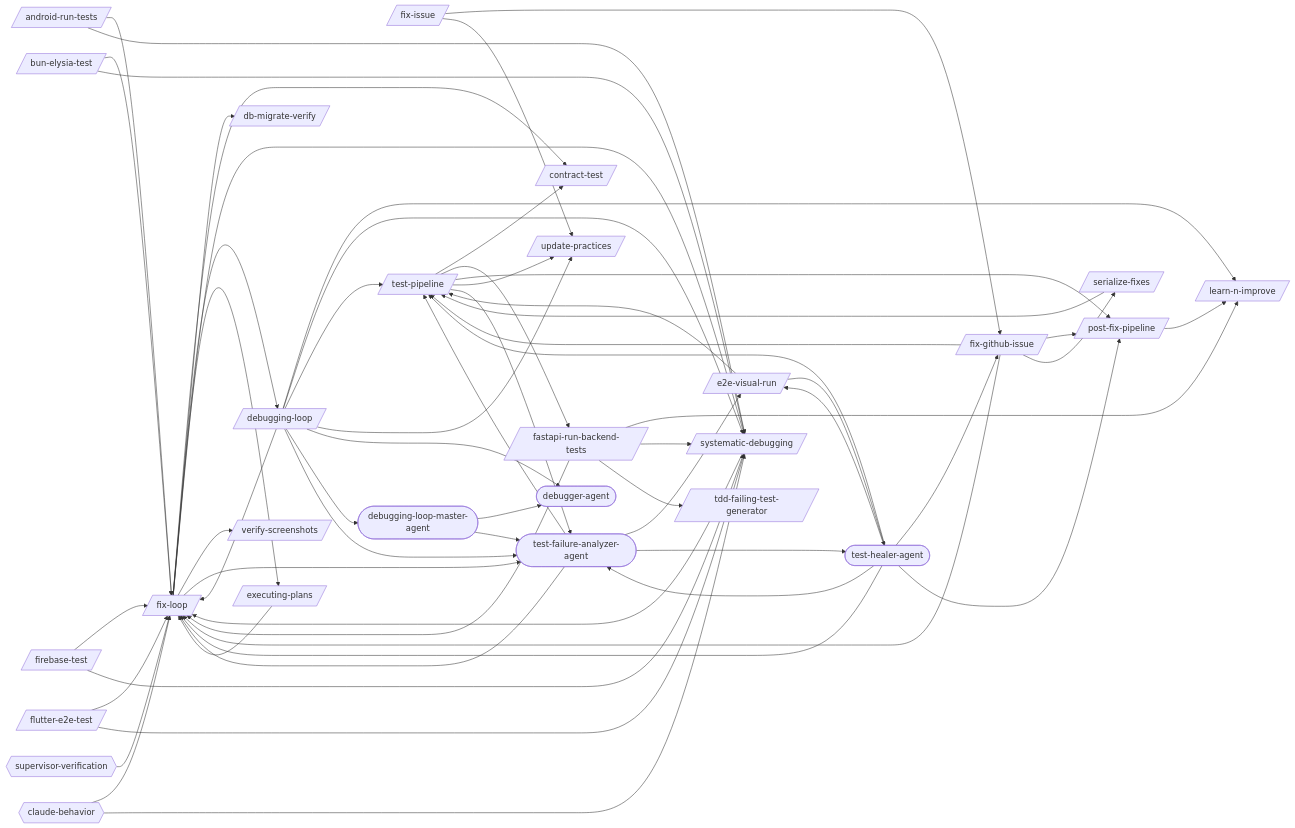
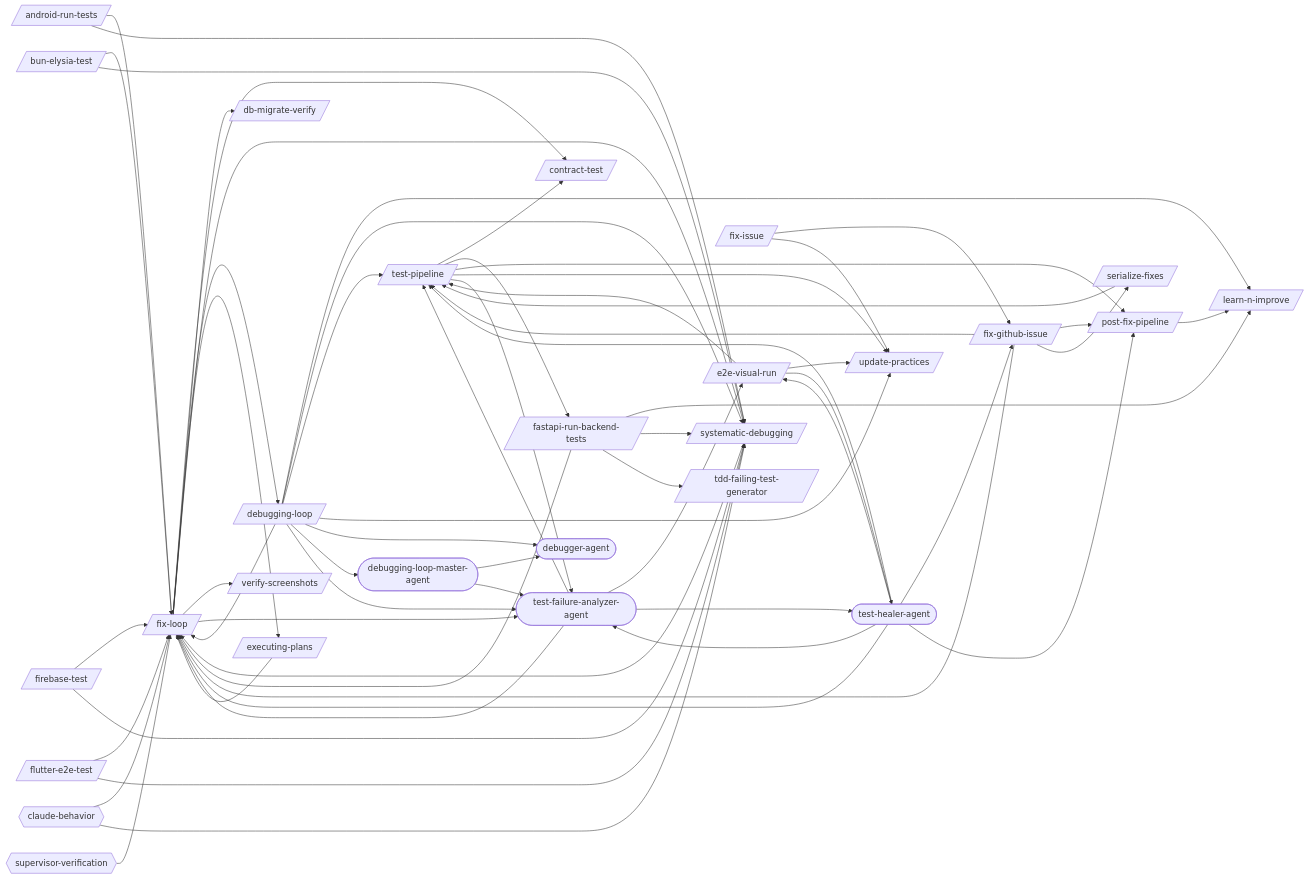
One commit to abhayla/claude-best-practices changed the first of 25 diagrams in docs/workflows/debugging-loop.md. Above: the diagram before and after it, drawn with Mermaid. The commit also changed other lines of this file and 12 other files, not shown here.

```diff
--- a/docs/workflows/debugging-loop.md
+++ b/docs/workflows/debugging-loop.md
@@ -48,6 +48,7 @@
     debugging_loop --> debugging_loop_master_agent
     debugging_loop --> test_failure_analyzer_agent
     e2e_visual_run --> test_pipeline
+    e2e_visual_run --> update_practices
     e2e_visual_run --> test_healer_agent
     executing_plans --> fix_loop
     fastapi_run_backend_tests --> fix_loop
```
